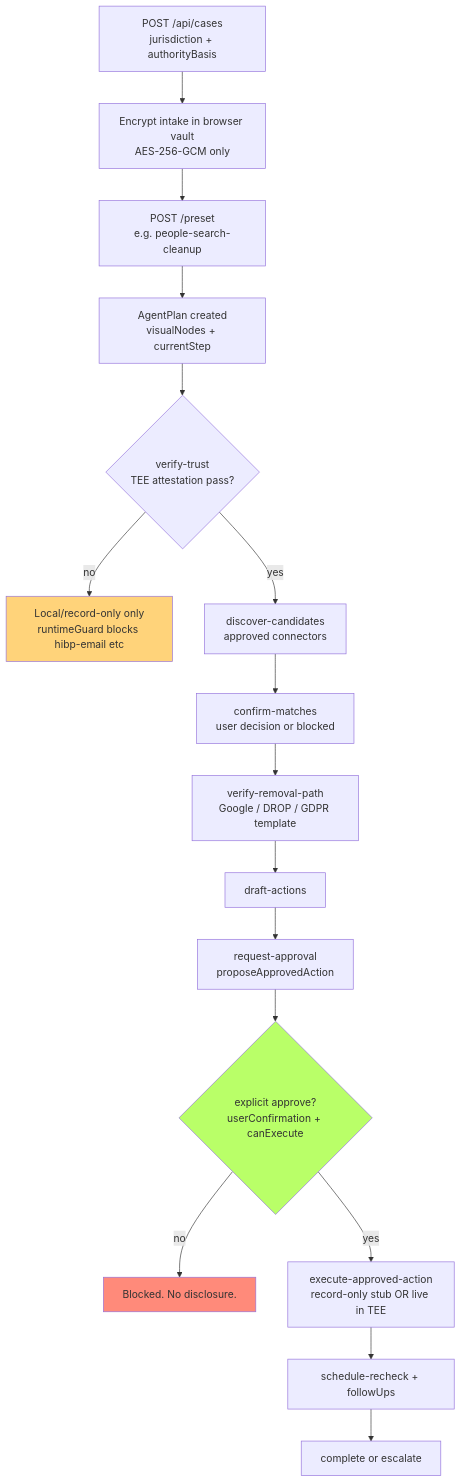
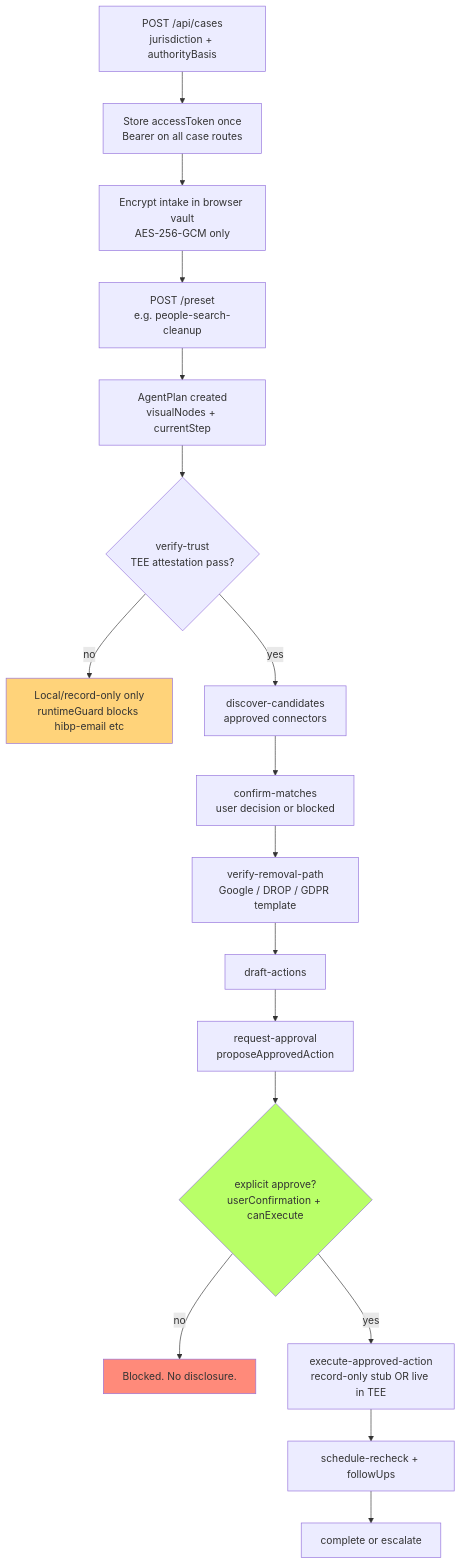
Before and after one commit to thomasjvu/oblivion: the diagram in README.md, drawn with Mermaid. The commit also changed other lines of this file and 77 other files, not shown here.

First line of the commit message:
refactor: deslop pass with case access auth and API modularization

````diff
--- a/README.md
+++ b/README.md
@@ -29,21 +29,22 @@
 ```mermaid
 flowchart TD
-    A[POST /api/cases<br/>jurisdiction + authorityBasis] --> B[Encrypt intake in browser vault<br/>AES-256-GCM only]
+    A[POST /api/cases<br/>jurisdiction + authorityBasis] --> A2[Store accessToken once<br/>Bearer on all case routes]
+    A2 --> B[Encrypt intake in browser vault<br/>AES-256-GCM only]
     B --> C[POST /preset<br/>e.g. people-search-cleanup]
     C --> D[AgentPlan created<br/>visualNodes + currentStep]
     D --> E{verify-trust<br/>TEE attestation pass?}
     E -->|no| F[Local/record-only only<br/>runtimeGuard blocks hibp-email etc]
     E -->|yes| G[discover-candidates<br/>approved connectors]
     G --> H[confirm-matches<br/>user decision or blocked]
     H --> I[verify-removal-path<br/>Google / DROP / GDPR template]
     I --> J[draft-actions]
     J --> K[request-approval<br/>proposeApprovedAction]
     K --> L{explicit approve?<br/>userConfirmation + canExecute}
     L -->|no| M[Blocked. No disclosure.]
     L -->|yes| N[execute-approved-action<br/>record-only stub OR live in TEE]
     N --> O[schedule-recheck + followUps]
     O --> P[complete or escalate]
     style F fill:#ffd37a
     style M fill:#ff8a7a
     style L fill:#b9ff68
 ```
````
